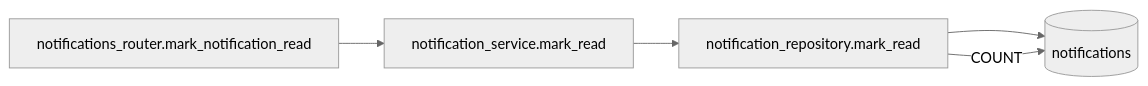
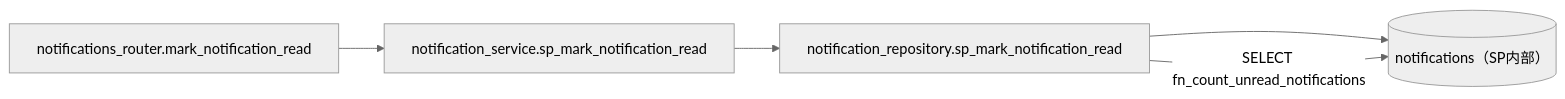
Before and after one commit to oikawa-d/task_management: the third of 4 diagrams in detailed_design/api/notifications/03_patch_notification_read.md, drawn with Mermaid (neutral theme). The commit also changed other lines of this file and 58 other files, not shown here.

````diff
--- a/detailed_design/api/notifications/03_patch_notification_read.md
+++ b/detailed_design/api/notifications/03_patch_notification_read.md
@@ -146,7 +146,7 @@
 ```mermaid
 flowchart LR
-    R["notifications_router.mark_notification_read"] --> S["notification_service.mark_read"]
-    S --> NR["notification_repository.mark_read"]
-    NR --> N[("notifications")]
-    NR -->|"COUNT"| N
+    R["notifications_router.mark_notification_read"] --> S["notification_service.sp_mark_notification_read"]
+    S --> NR["notification_repository.sp_mark_notification_read"]
+    NR --> N[("notifications（SP内部）")]
+    NR -->|"SELECT fn_count_unread_notifications"| N
 ```
````
